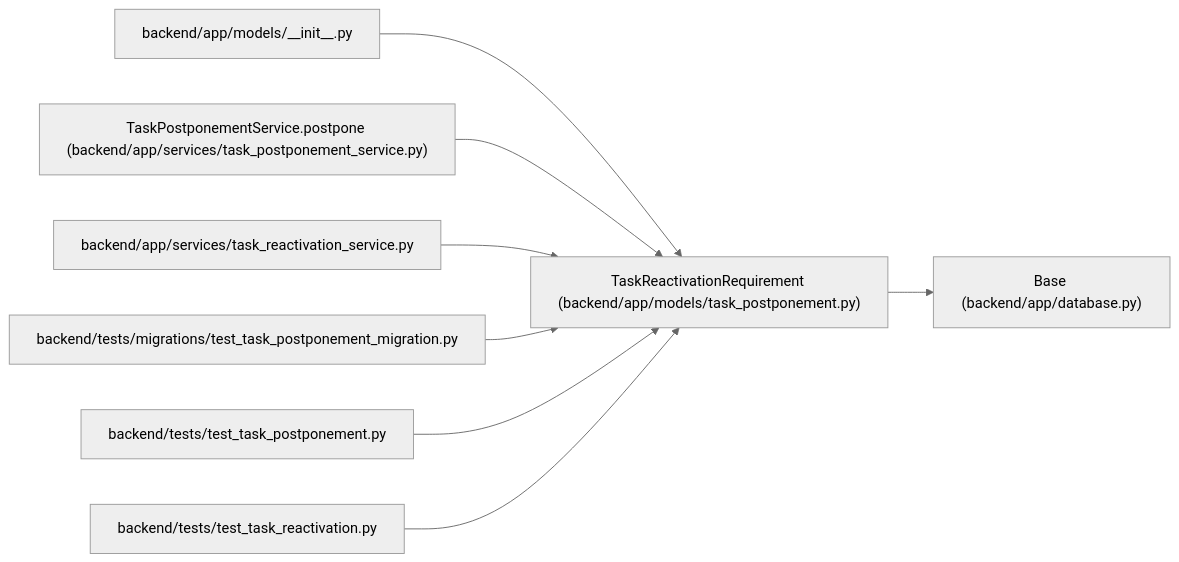
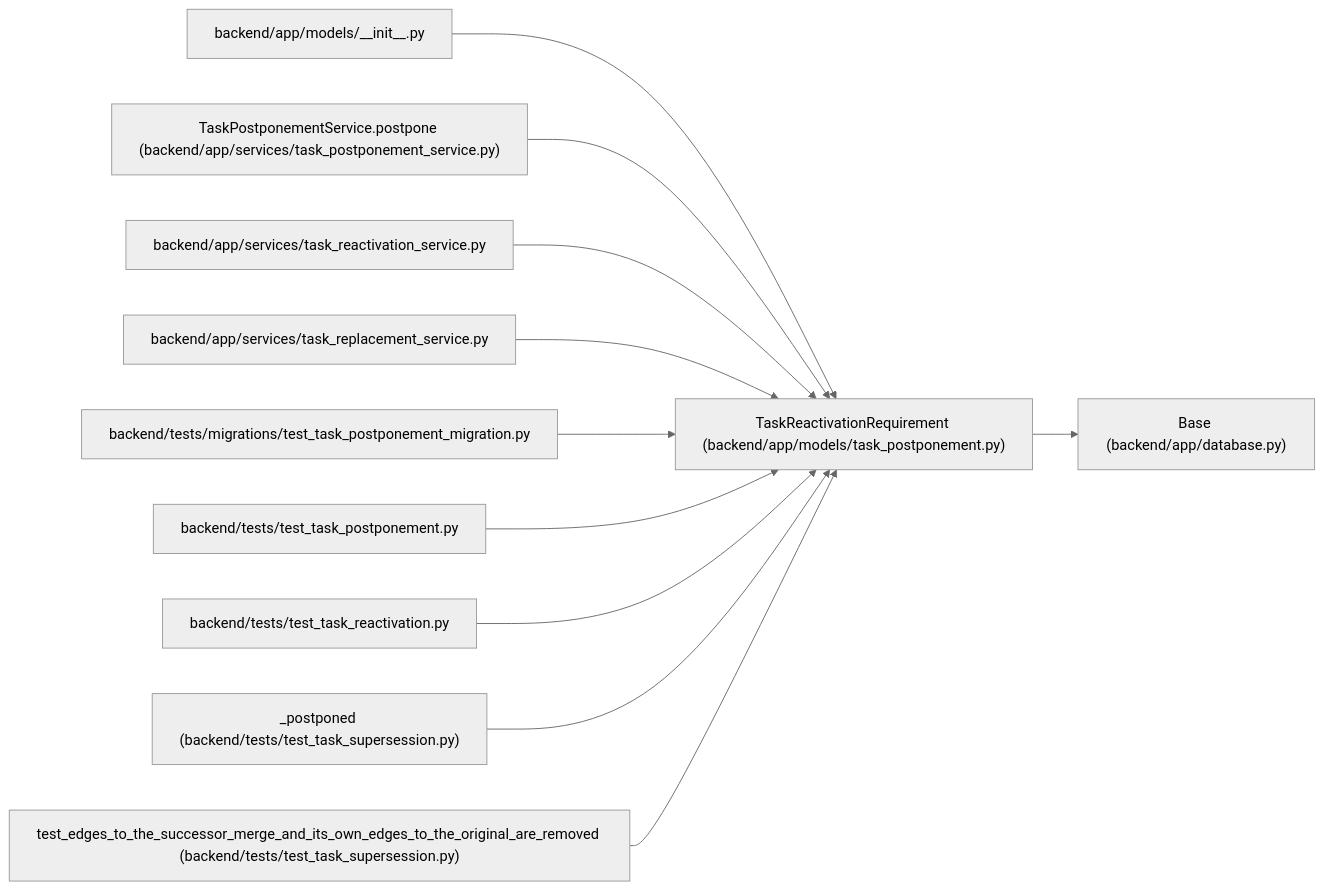
The diagram in docs/llm_wiki/entities/TaskReactivationRequirement.md (Denissvgn/WorkChord), drawn with Mermaid (neutral theme) before and after one commit. The commit also changed other lines of this file and 693 other files, not shown here.

Commit message:
Sync the architectural wiki for superseding work with an accepted successor

````diff
--- a/docs/llm_wiki/entities/TaskReactivationRequirement.md
+++ b/docs/llm_wiki/entities/TaskReactivationRequirement.md
@@ -42,26 +42,35 @@
 ```mermaid
 flowchart LR
     n0["TaskReactivationRequirement (backend/app/models/task_postponement.py)"]
     n1["Base (backend/app/database.py)"]
     n2["backend/app/models/__init__.py"]
     n3["TaskPostponementService.postpone (backend/app/services/task_postponement_service.py)"]
     n4["backend/app/services/task_reactivation_service.py"]
-    n5["backend/tests/migrations/test_task_postponement_migration.py"]
-    n6["backend/tests/test_task_postponement.py"]
-    n7["backend/tests/test_task_reactivation.py"]
+    n5["backend/app/services/task_replacement_service.py"]
+    n6["backend/tests/migrations/test_task_postponement_migration.py"]
+    n7["backend/tests/test_task_postponement.py"]
+    n8["backend/tests/test_task_reactivation.py"]
+    n9["_postponed (backend/tests/test_task_supersession.py)"]
+    n10["test_edges_to_the_successor_merge_and_its_own_edges_to_the_original_are_removed (backend/tests/test_task_supersession.py)"]
     n0 --> n1
     n2 --> n0
     n3 --> n0
     n4 --> n0
     n5 --> n0
     n6 --> n0
     n7 --> n0
+    n8 --> n0
+    n9 --> n0
+    n10 --> n0
     click n0 "../modules/models_task_postponement.md"
     click n1 "../modules/app_database.md"
     click n2 "../modules/models___init__.md"
     click n3 "../modules/task_postponement_service.md"
     click n4 "../modules/task_reactivation_service.md"
-    click n5 "../modules/test_task_postponement_migration.md"
-    click n6 "../modules/test_task_postponement.md"
-    click n7 "../modules/test_task_reactivation.md"
+    click n5 "../modules/task_replacement_service.md"
+    click n6 "../modules/test_task_postponement_migration.md"
+    click n7 "../modules/test_task_postponement.md"
+    click n8 "../modules/test_task_reactivation.md"
+    click n9 "../modules/test_task_supersession.md"
+    click n10 "../modules/test_task_supersession.md"
 ```
````
